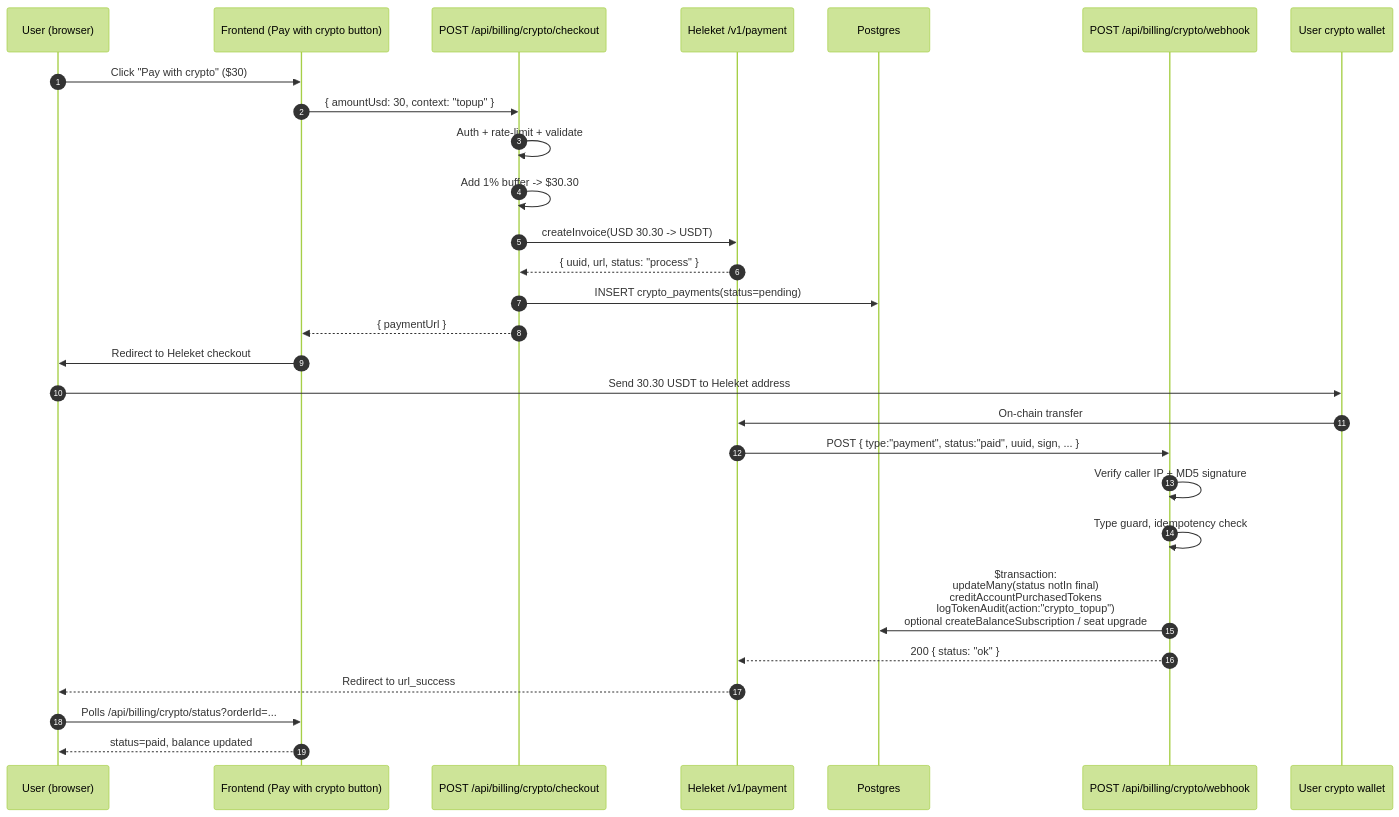
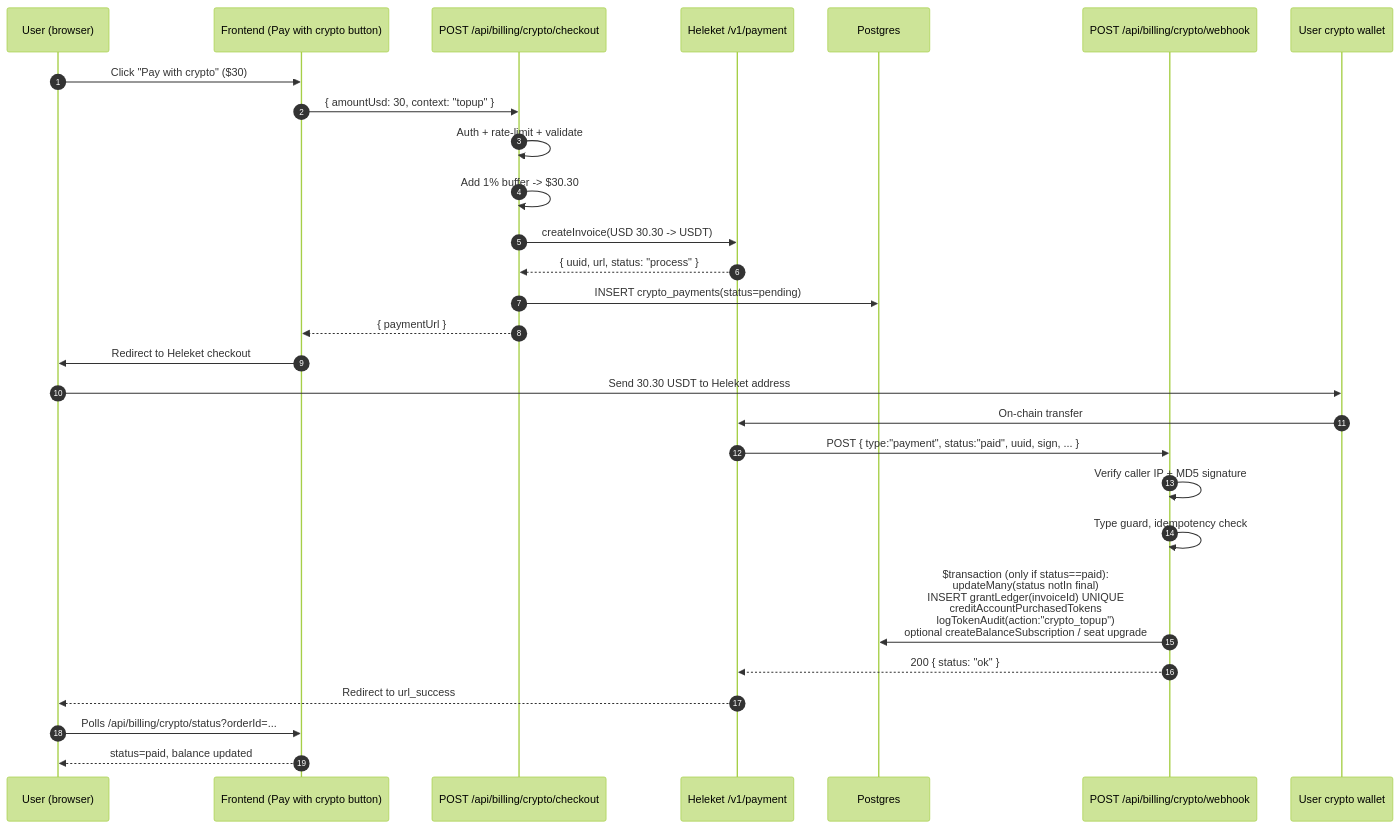
One commit to ssheleg/sheleg-dev changed the diagram in plugins/sheleg-dev/skills/crypto-payments/references/heleket-provider.md. Above: the diagram before and after it, drawn with Mermaid (forest theme). The commit also changed other lines of this file and 82 other files, not shown here.

````diff
--- a/plugins/sheleg-dev/skills/crypto-payments/references/heleket-provider.md
+++ b/plugins/sheleg-dev/skills/crypto-payments/references/heleket-provider.md
@@ -89,31 +89,31 @@
 ```mermaid
 sequenceDiagram
   autonumber
   participant U as User (browser)
   participant FE as Frontend (Pay with crypto button)
   participant API as POST /api/billing/crypto/checkout
   participant H as Heleket /v1/payment
   participant DB as Postgres
   participant W as POST /api/billing/crypto/webhook
   participant Wallet as User crypto wallet
 
   U->>FE: Click "Pay with crypto" ($30)
   FE->>API: { amountUsd: 30, context: "topup" }
   API->>API: Auth + rate-limit + validate
   API->>API: Add 1% buffer -> $30.30
   API->>H: createInvoice(USD 30.30 -> USDT)
   H-->>API: { uuid, url, status: "process" }
   API->>DB: INSERT crypto_payments(status=pending)
   API-->>FE: { paymentUrl }
   FE->>U: Redirect to Heleket checkout
   U->>Wallet: Send 30.30 USDT to Heleket address
   Wallet->>H: On-chain transfer
   H->>W: POST { type:"payment", status:"paid", uuid, sign, ... }
   W->>W: Verify caller IP + MD5 signature
   W->>W: Type guard, idempotency check
-  W->>DB: $transaction:<br/>  updateMany(status notIn final)<br/>  creditAccountPurchasedTokens<br/>  logTokenAudit(action:"crypto_topup")<br/>  optional createBalanceSubscription / seat upgrade
+  W->>DB: $transaction (only if status==paid):<br/>  updateMany(status notIn final)<br/>  INSERT grantLedger(invoiceId) UNIQUE<br/>  creditAccountPurchasedTokens<br/>  logTokenAudit(action:"crypto_topup")<br/>  optional createBalanceSubscription / seat upgrade
   W-->>H: 200 { status: "ok" }
   H-->>U: Redirect to url_success
   U->>FE: Polls /api/billing/crypto/status?orderId=...
   FE-->>U: status=paid, balance updated
 ```
````
